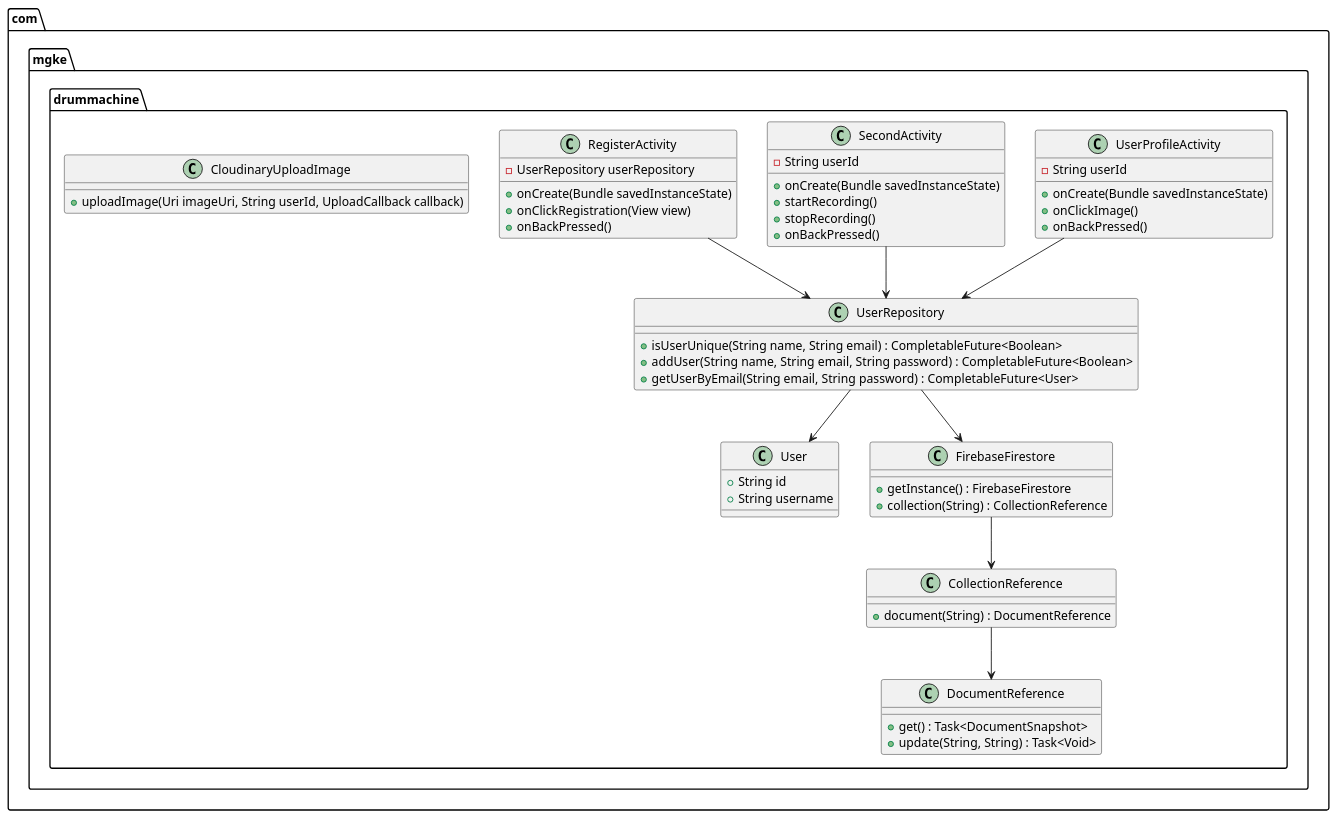
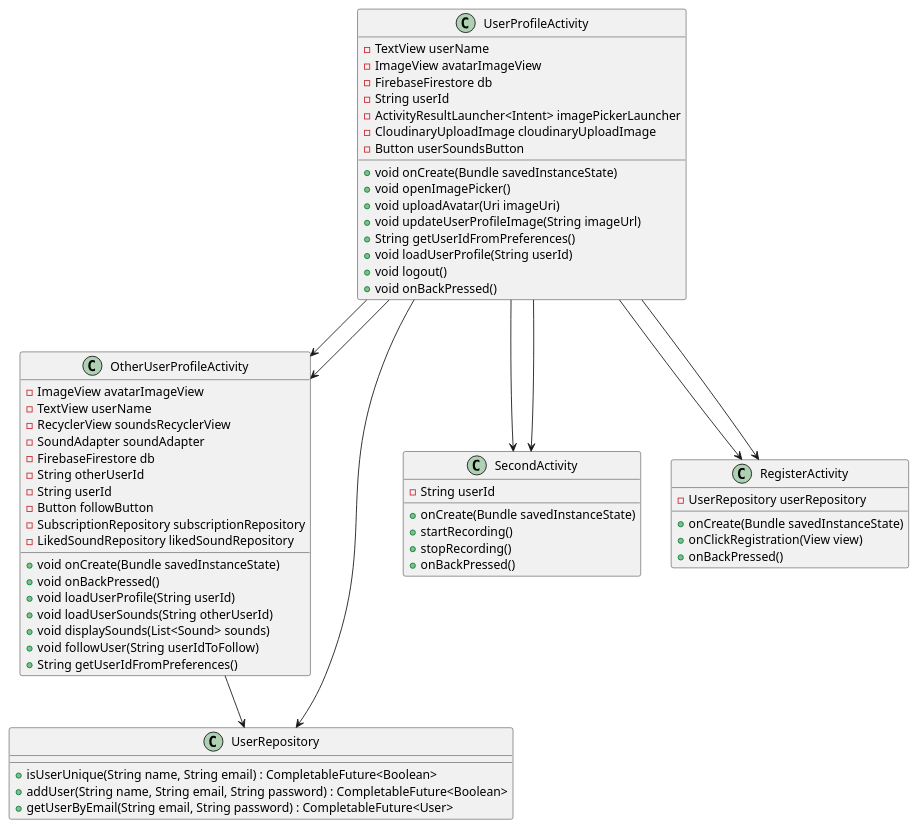
Before and after one commit to Timmatus/drum-machine: the diagram in app/src/main/java/com/mgke/drummachine/UML.puml, drawn with PlantUML. The commit also changed 37 other files, not shown here.

```diff
--- a/app/src/main/java/com/mgke/drummachine/UML.puml
+++ b/app/src/main/java/com/mgke/drummachine/UML.puml
@@ -1,65 +1,83 @@
 @startuml
 
-package com.mgke.drummachine {
-
-    class UserProfileActivity {
-        - String userId
-        + onCreate(Bundle savedInstanceState)
-        + onClickImage()
-        + onBackPressed()
-    }
-
-    class SecondActivity {
-        - String userId
-        + onCreate(Bundle savedInstanceState)
-        + startRecording()
-        + stopRecording()
-        + onBackPressed()
-    }
-
-    class RegisterActivity {
-        - UserRepository userRepository
-        + onCreate(Bundle savedInstanceState)
-        + onClickRegistration(View view)
-        + onBackPressed()
-    }
-
-    class UserRepository {
-        + isUserUnique(String name, String email) : CompletableFuture<Boolean>
-        + addUser(String name, String email, String password) : CompletableFuture<Boolean>
-        + getUserByEmail(String email, String password) : CompletableFuture<User>
-    }
-
-    class User {
-        + String id
-        + String username
-    }
-
-    class FirebaseFirestore {
-        + getInstance() : FirebaseFirestore
-        + collection(String) : CollectionReference
-    }
-
-    class CloudinaryUploadImage {
-        + uploadImage(Uri imageUri, String userId, UploadCallback callback)
-    }
-
-    class CollectionReference {
-        + document(String) : DocumentReference
-    }
-
-    class DocumentReference {
-        + get() : Task<DocumentSnapshot>
-        + update(String, String) : Task<Void>
-    }
-
-    UserProfileActivity --> UserRepository
-    SecondActivity --> UserRepository
-    RegisterActivity --> UserRepository
-    UserRepository --> User
-    UserRepository --> FirebaseFirestore
-    FirebaseFirestore --> CollectionReference
-    CollectionReference --> DocumentReference
+class OtherUserProfileActivity {
+    - ImageView avatarImageView
+    - TextView userName
+    - RecyclerView soundsRecyclerView
+    - SoundAdapter soundAdapter
+    - FirebaseFirestore db
+    - String otherUserId
+    - String userId
+    - Button followButton
+    - SubscriptionRepository subscriptionRepository
+    - LikedSoundRepository likedSoundRepository
+    + void onCreate(Bundle savedInstanceState)
+    + void onBackPressed()
+    + void loadUserProfile(String userId)
+    + void loadUserSounds(String otherUserId)
+    + void displaySounds(List<Sound> sounds)
+    + void followUser(String userIdToFollow)
+    + String getUserIdFromPreferences()
 }
 
+
+class UserRepository {
+    + isUserUnique(String name, String email) : CompletableFuture<Boolean>
+    + addUser(String name, String email, String password) : CompletableFuture<Boolean>
+    + getUserByEmail(String email, String password) : CompletableFuture<User>
+}
+
+
+class UserProfileActivity {
+    - TextView userName
+    - ImageView avatarImageView
+    - FirebaseFirestore db
+    - String userId
+    - ActivityResultLauncher<Intent> imagePickerLauncher
+    - CloudinaryUploadImage cloudinaryUploadImage
+    - Button userSoundsButton
+    + void onCreate(Bundle savedInstanceState)
+    + void openImagePicker()
+    + void uploadAvatar(Uri imageUri)
+    + void updateUserProfileImage(String imageUrl)
+    + String getUserIdFromPreferences()
+    + void loadUserProfile(String userId)
+    + void logout()
+    + void onBackPressed()
+}
+
+
+
+class SecondActivity {
+    - String userId
+    + onCreate(Bundle savedInstanceState)
+    + startRecording()
+    + stopRecording()
+    + onBackPressed()
+}
+
+class RegisterActivity {
+    - UserRepository userRepository
+    + onCreate(Bundle savedInstanceState)
+    + onClickRegistration(View view)
+    + onBackPressed()
+}
+
+
+
+
+
+
+
+
+OtherUserProfileActivity --> UserRepository
+UserProfileActivity --> UserRepository
+UserProfileActivity --> SecondActivity
+UserProfileActivity --> RegisterActivity
+UserProfileActivity --> OtherUserProfileActivity
+UserProfileActivity --> OtherUserProfileActivity
+UserProfileActivity --> SecondActivity
+UserProfileActivity --> RegisterActivity
+
+
 @enduml
```
